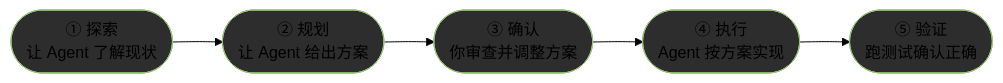
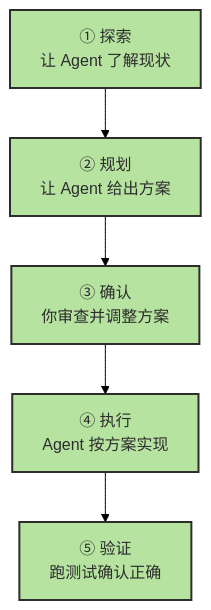
The fourth of 10 diagrams in docs/chapters/ch10-collaboration.md (zht043/AgenticCodingTutorial), drawn with Mermaid (forest theme) before and after one commit. The commit also changed other lines of this file and 26 other files, not shown here.

````diff
--- a/docs/chapters/ch10-collaboration.md
+++ b/docs/chapters/ch10-collaboration.md
@@ -260,12 +264,12 @@
 ```mermaid
-flowchart LR
-    classDef step fill:#2d2d2d,stroke:#98c379
+flowchart TD
+    classDef step fill:#b7e3a1,stroke:#2d2d2d,stroke-width:2px,color:#2d2d2d
 
-    S1(["① 探索<br/>让 Agent 了解现状"]):::step
-    S2(["② 规划<br/>让 Agent 给出方案"]):::step
-    S3(["③ 确认<br/>你审查并调整方案"]):::step
-    S4(["④ 执行<br/>Agent 按方案实现"]):::step
-    S5(["⑤ 验证<br/>跑测试确认正确"]):::step
+    S1["① 探索<br/>让 Agent 了解现状"]:::step
+    S2["② 规划<br/>让 Agent 给出方案"]:::step
+    S3["③ 确认<br/>你审查并调整方案"]:::step
+    S4["④ 执行<br/>Agent 按方案实现"]:::step
+    S5["⑤ 验证<br/>跑测试确认正确"]:::step
 
     S1 --> S2 --> S3 --> S4 --> S5
 ```
````
